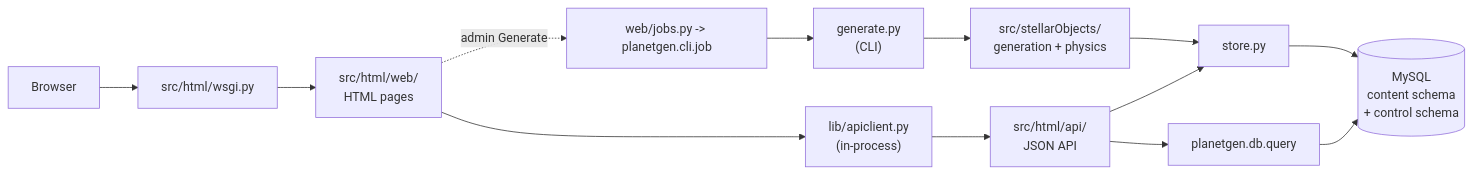
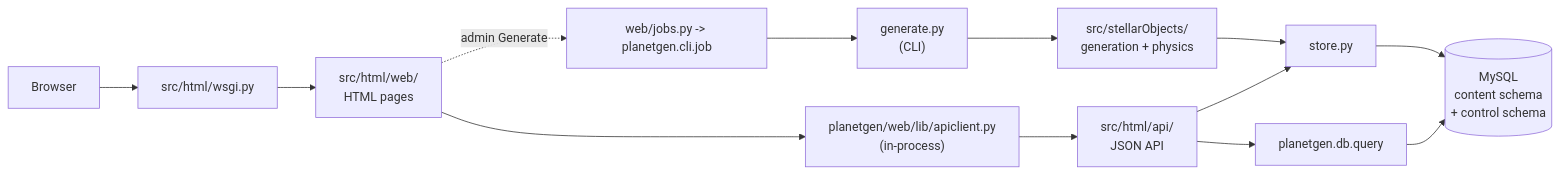
Before and after one commit to dwhagar/planetGen: the first of 8 diagrams in docs/design/architecture.md, drawn with Mermaid. The commit also changed other lines of this file and 138 other files, not shown here.

First line of the commit message:
Move src/html/lib into planetgen.web.lib and planetgen.web.maps (OPS.24 step 10) (#452)

````diff
--- a/docs/design/architecture.md
+++ b/docs/design/architecture.md
@@ -67,15 +67,15 @@
 ```mermaid
 flowchart LR
     CLI["generate.py<br/>(CLI)"] --> SO["src/stellarObjects/<br/>generation + physics"]
     SO --> DB["store.py"]
     DB --> MySQL[("MySQL<br/>content schema<br/>+ control schema")]
     Browser["Browser"] --> WSGI["src/html/wsgi.py"]
     WSGI --> Web["src/html/web/<br/>HTML pages"]
-    Web --> Client["lib/apiclient.py<br/>(in-process)"]
+    Web --> Client["planetgen/web/lib/apiclient.py<br/>(in-process)"]
     Client --> API["src/html/api/<br/>JSON API"]
     API --> Q["planetgen.db.query"]
     Q --> MySQL
     API --> DB
     Web -. "admin Generate" .-> Jobs["web/jobs.py -> planetgen.cli.job"]
     Jobs --> CLI
 ```
````
